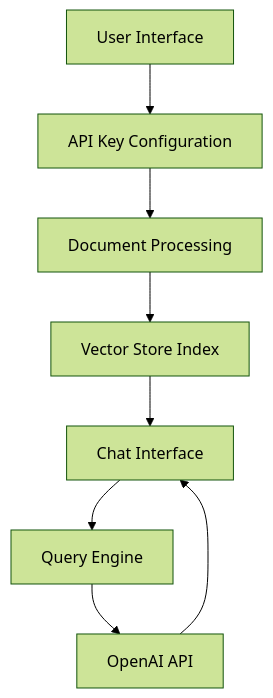
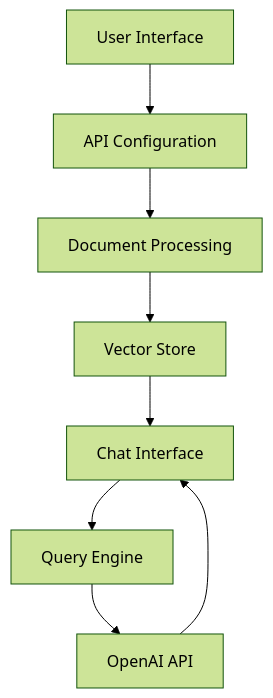
Before and after one commit to kaushalpowar/talk_to_pdf: the diagram in README.md, drawn with Mermaid (forest theme). The commit also changed other lines of this file and 8 other files, not shown here.

First line of the commit message:
feat: enhance API key handling and improve code structure

````diff
--- a/README.md
+++ b/README.md
@@ -145,10 +56,10 @@
 ```mermaid
 graph TD
-    A[User Interface] --> B[API Key Configuration]
+    A[User Interface] --> B[API Configuration]
     B --> C[Document Processing]
-    C --> D[Vector Store Index]
+    C --> D[Vector Store]
     D --> E[Chat Interface]
     E --> F[Query Engine]
     F --> G[OpenAI API]
     G --> E
 ```
````
